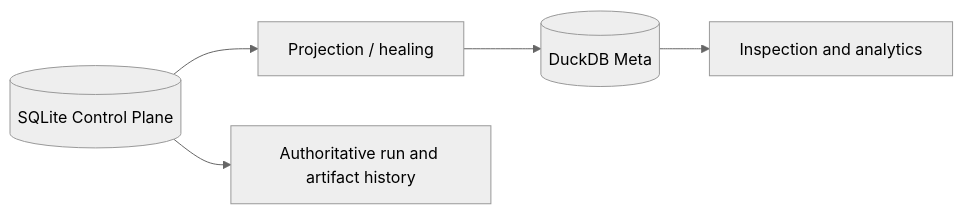
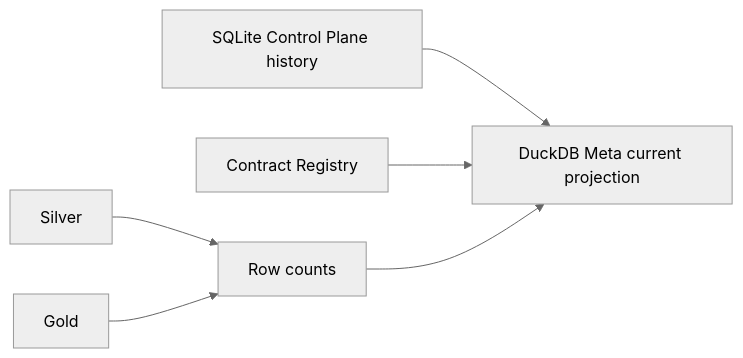
The diagram in docs/reference/meta-data-contracts.md (tks18/personal-finance-etl), drawn with Mermaid (neutral theme) before and after one commit. The commit also changed other lines of this file, not shown here.

````diff
--- a/docs/reference/meta-data-contracts.md
+++ b/docs/reference/meta-data-contracts.md
@@ -5,7 +5,8 @@
 ```mermaid
 flowchart LR
- CP[(SQLite Control Plane)] --> PR[Projection / healing]
- PR --> M[(DuckDB Meta)]
- M --> BI[Inspection and analytics]
- CP --> AU[Authoritative run and artifact history]
+    CP[SQLite Control Plane history] --> M[DuckDB Meta current projection]
+    REG[Contract Registry] --> M
+    S[Silver] --> RC[Row counts]
+    G[Gold] --> RC
+    RC --> M
 ```
````
